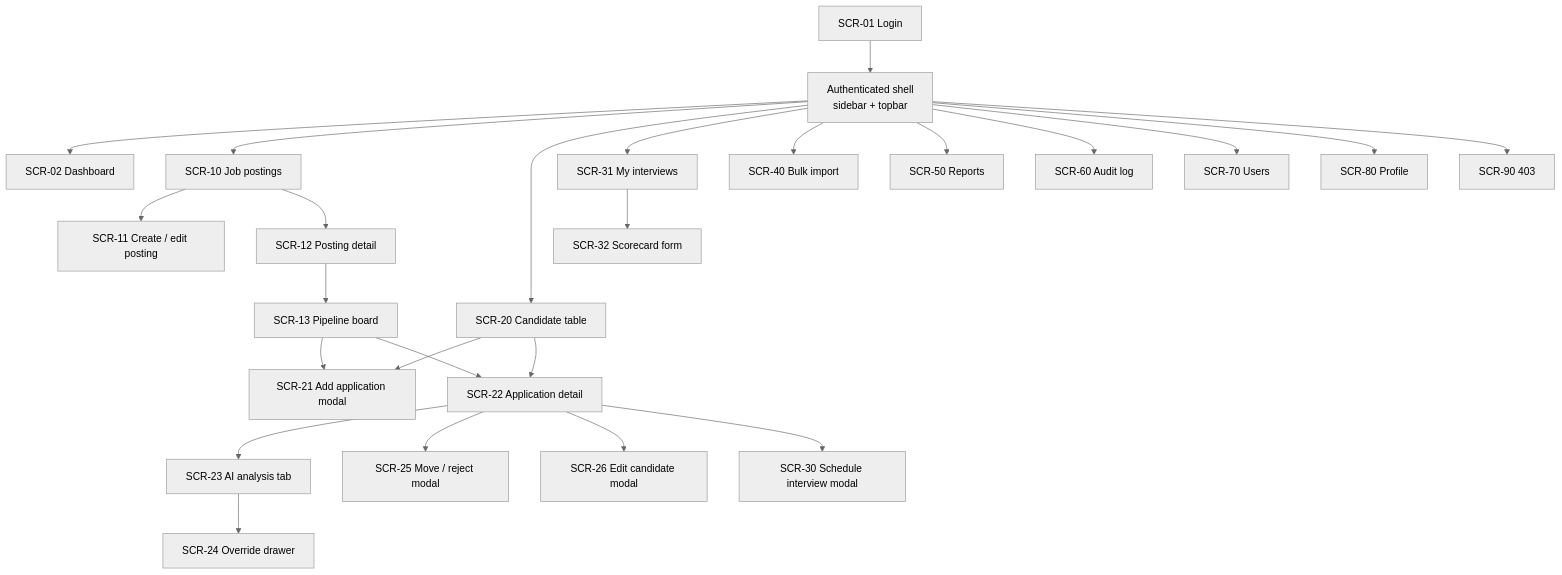
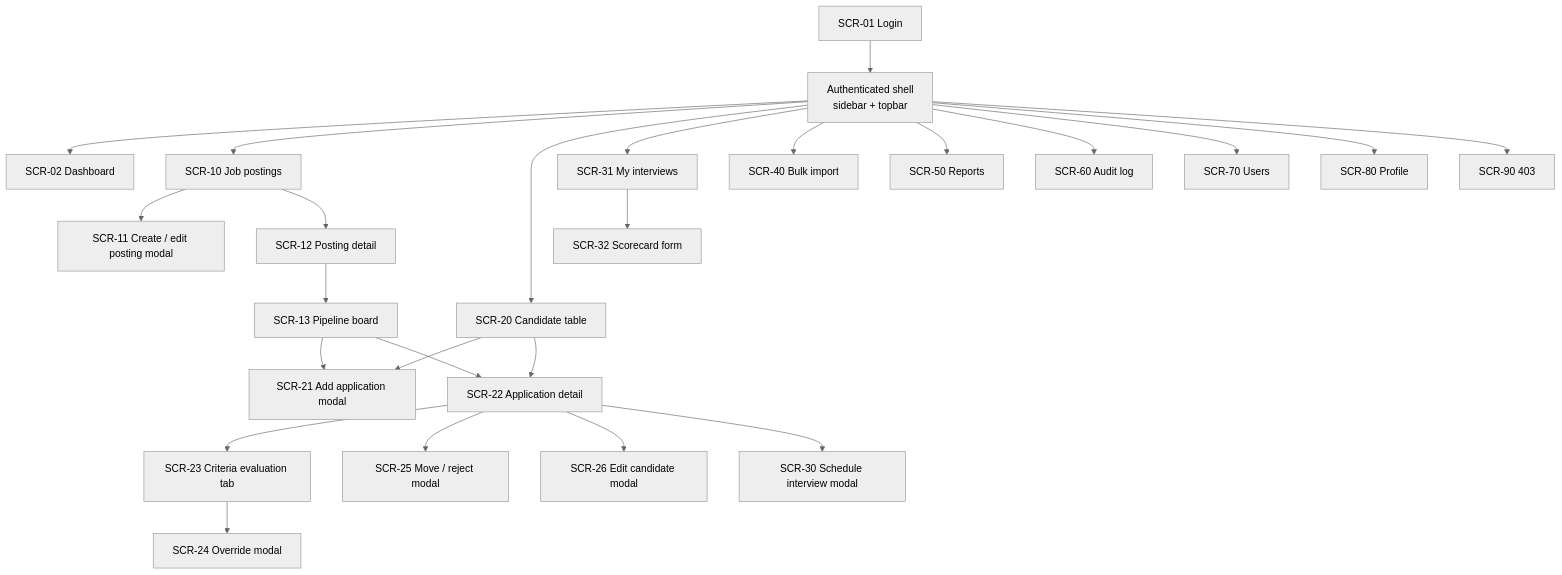
One commit to duongk18FPTU/recruitment-ats changed the first of 4 diagrams in docs/04-information-architecture.md. Above: the diagram before and after it, drawn with Mermaid (neutral theme). The commit also changed other lines of this file and 18 other files, not shown here.

First line of the commit message:
Redesign UI and mind map to match the reference project style

````diff
--- a/docs/04-information-architecture.md
+++ b/docs/04-information-architecture.md
@@ -128,27 +128,27 @@
 ```mermaid
 flowchart TB
     Login["SCR-01 Login"] --> Shell["Authenticated shell<br/>sidebar + topbar"]
     Shell --> Dashboard["SCR-02 Dashboard"]
     Shell --> Jobs["SCR-10 Job postings"]
-    Jobs --> JobForm["SCR-11 Create / edit posting"]
+    Jobs --> JobForm["SCR-11 Create / edit posting modal"]
     Jobs --> JobDetail["SCR-12 Posting detail"]
     JobDetail --> Pipeline["SCR-13 Pipeline board"]
     Shell --> Candidates["SCR-20 Candidate table"]
     Candidates --> AddApp["SCR-21 Add application modal"]
     Pipeline --> AddApp
     Candidates --> AppDetail["SCR-22 Application detail"]
     Pipeline --> AppDetail
-    AppDetail --> AI["SCR-23 AI analysis tab"]
-    AI --> Override["SCR-24 Override drawer"]
+    AppDetail --> AI["SCR-23 Criteria evaluation tab"]
+    AI --> Override["SCR-24 Override modal"]
     AppDetail --> Move["SCR-25 Move / reject modal"]
     AppDetail --> EditCand["SCR-26 Edit candidate modal"]
     AppDetail --> Schedule["SCR-30 Schedule interview modal"]
     Shell --> MyInterviews["SCR-31 My interviews"]
     MyInterviews --> Scorecard["SCR-32 Scorecard form"]
     Shell --> Import["SCR-40 Bulk import"]
     Shell --> Reports["SCR-50 Reports"]
     Shell --> Audit["SCR-60 Audit log"]
     Shell --> Users["SCR-70 Users"]
     Shell --> Profile["SCR-80 Profile"]
     Shell --> Forbidden["SCR-90 403"]
 ```
````
